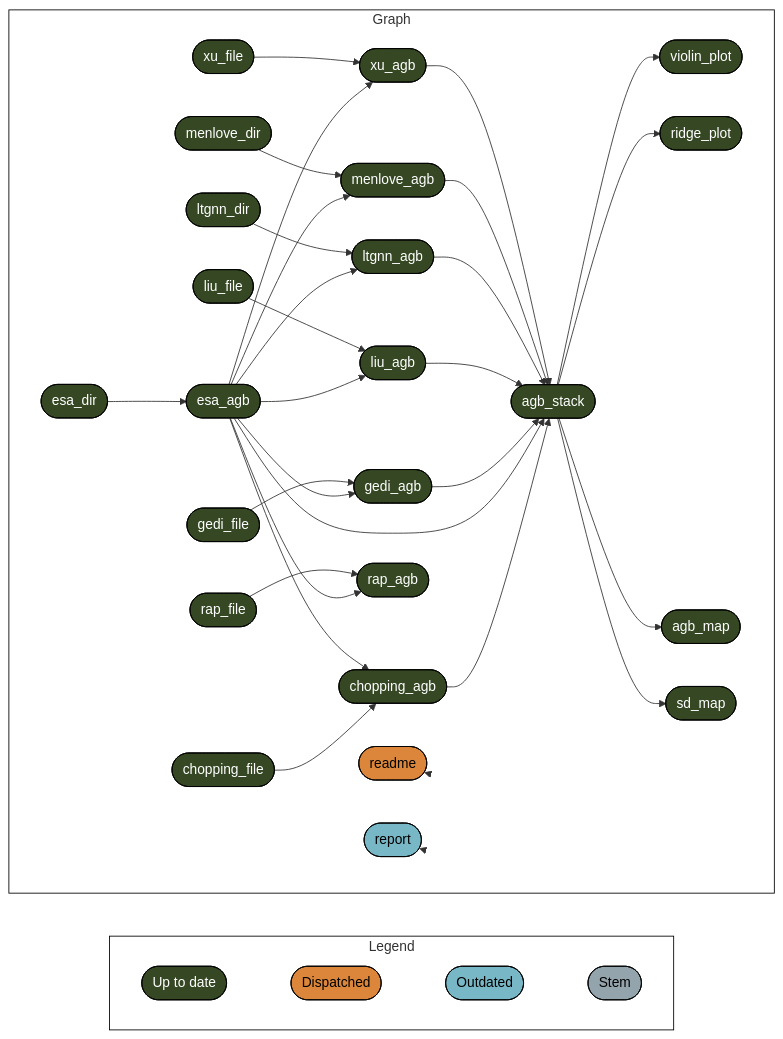
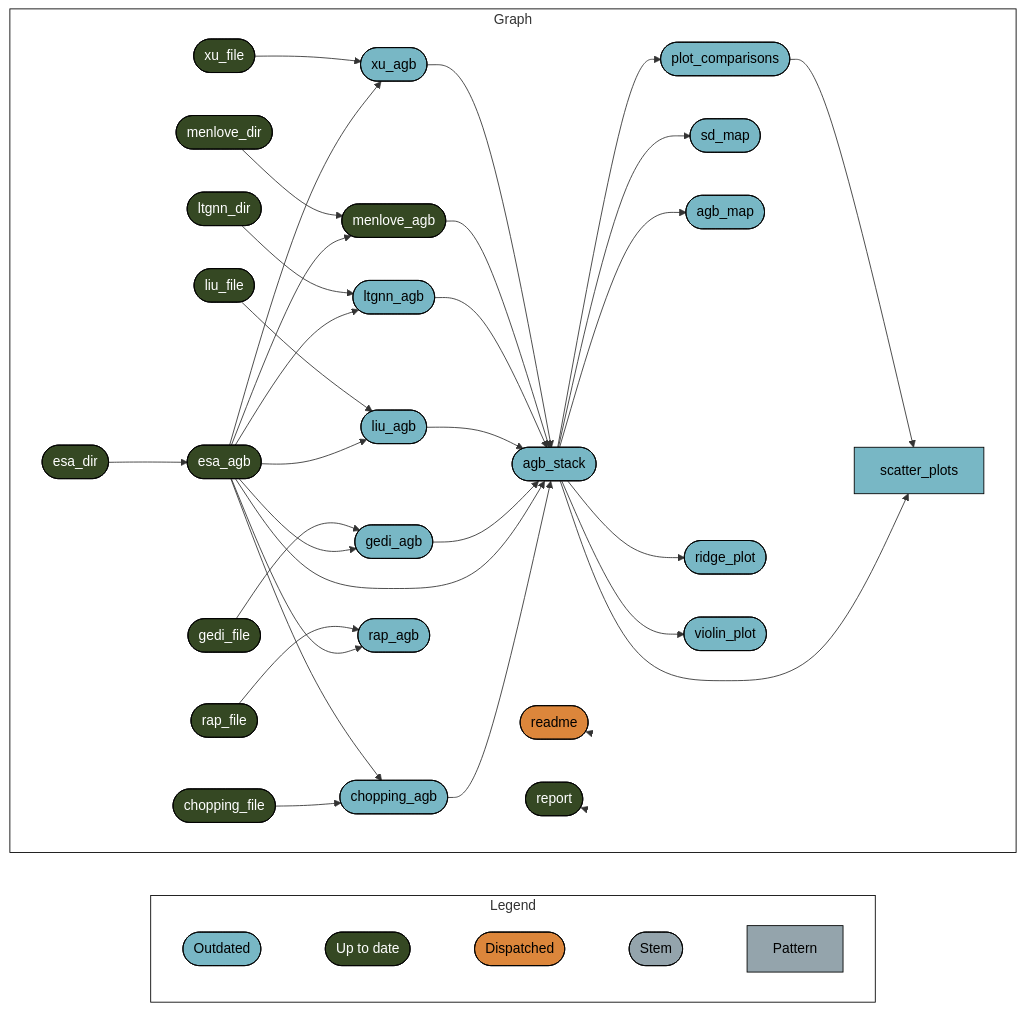
One commit to EcosystemEcologyLab/SW_Biomass changed the diagram in README.md. Above: the diagram before and after it, drawn with Mermaid. The commit also changed other lines of this file and 9 other files, not shown here.

Commit message:
add scatter plots

````diff
--- a/README.md
+++ b/README.md
@@ -36,51 +38,56 @@
 ``` mermaid
 graph LR
   style Legend fill:#FFFFFF00,stroke:#000000;
   style Graph fill:#FFFFFF00,stroke:#000000;
   subgraph Legend
     direction LR
+    x0a52b03877696646([""Outdated""]):::outdated --- x7420bd9270f8d27d([""Up to date""]):::uptodate
     x7420bd9270f8d27d([""Up to date""]):::uptodate --- xa8565c104d8f0705([""Dispatched""]):::dispatched
-    xa8565c104d8f0705([""Dispatched""]):::dispatched --- x0a52b03877696646([""Outdated""]):::outdated
-    x0a52b03877696646([""Outdated""]):::outdated --- xbf4603d6c2c2ad6b([""Stem""]):::none
+    xa8565c104d8f0705([""Dispatched""]):::dispatched --- xbf4603d6c2c2ad6b([""Stem""]):::none
+    xbf4603d6c2c2ad6b([""Stem""]):::none --- x70a5fa6bea6f298d[""Pattern""]:::none
   end
   subgraph Graph
     direction LR
+    x9f7f8cade5fecf35(["esa_agb"]):::uptodate --> xe4f3f2f15e724def(["liu_agb"]):::outdated
+    x26d0dae1bf6fcb39(["liu_file"]):::uptodate --> xe4f3f2f15e724def(["liu_agb"]):::outdated
+    x74a8a38fc5a3e271(["agb_stack"]):::outdated --> xa9c8870bcb5985fd["scatter_plots"]:::outdated
+    xa5177effe50f87b0(["plot_comparisons"]):::outdated --> xa9c8870bcb5985fd["scatter_plots"]:::outdated
+    x10672e980111f5c2(["chopping_agb"]):::outdated --> x74a8a38fc5a3e271(["agb_stack"]):::outdated
+    x9f7f8cade5fecf35(["esa_agb"]):::uptodate --> x74a8a38fc5a3e271(["agb_stack"]):::outdated
+    x5bee436f312cca80(["gedi_agb"]):::outdated --> x74a8a38fc5a3e271(["agb_stack"]):::outdated
+    xe4f3f2f15e724def(["liu_agb"]):::outdated --> x74a8a38fc5a3e271(["agb_stack"]):::outdated
+    x7ff1622cd5d030f8(["ltgnn_agb"]):::outdated --> x74a8a38fc5a3e271(["agb_stack"]):::outdated
+    xb420f92ea294cb0b(["menlove_agb"]):::uptodate --> x74a8a38fc5a3e271(["agb_stack"]):::outdated
+    x6bb719b45bfee760(["xu_agb"]):::outdated --> x74a8a38fc5a3e271(["agb_stack"]):::outdated
+    x9f7f8cade5fecf35(["esa_agb"]):::uptodate --> x6bb719b45bfee760(["xu_agb"]):::outdated
+    x39b0a131ab7dd2d0(["xu_file"]):::uptodate --> x6bb719b45bfee760(["xu_agb"]):::outdated
+    x74a8a38fc5a3e271(["agb_stack"]):::outdated --> x7dce032f25b5c564(["sd_map"]):::outdated
+    x9f7f8cade5fecf35(["esa_agb"]):::uptodate --> x7ff1622cd5d030f8(["ltgnn_agb"]):::outdated
+    xc968c07864940097(["ltgnn_dir"]):::uptodate --> x7ff1622cd5d030f8(["ltgnn_agb"]):::outdated
+    x80cf9d1bb79c21e3(["chopping_file"]):::uptodate --> x10672e980111f5c2(["chopping_agb"]):::outdated
+    x9f7f8cade5fecf35(["esa_agb"]):::uptodate --> x10672e980111f5c2(["chopping_agb"]):::outdated
+    x74a8a38fc5a3e271(["agb_stack"]):::outdated --> xd959ad20dd7fd009(["agb_map"]):::outdated
+    x9f7f8cade5fecf35(["esa_agb"]):::uptodate --> x5688b5ef6bcea6f9(["rap_agb"]):::outdated
+    x9889d33e942dc03b(["rap_file"]):::uptodate --> x5688b5ef6bcea6f9(["rap_agb"]):::outdated
     x9f7f8cade5fecf35(["esa_agb"]):::uptodate --> xb420f92ea294cb0b(["menlove_agb"]):::uptodate
     x5086af9665941a9e(["menlove_dir"]):::uptodate --> xb420f92ea294cb0b(["menlove_agb"]):::uptodate
-    x9f7f8cade5fecf35(["esa_agb"]):::uptodate --> xe4f3f2f15e724def(["liu_agb"]):::uptodate
-    x26d0dae1bf6fcb39(["liu_file"]):::uptodate --> xe4f3f2f15e724def(["liu_agb"]):::uptodate
-    x74a8a38fc5a3e271(["agb_stack"]):::uptodate --> xfe73ce9654aaf612(["violin_plot"]):::uptodate
-    x10672e980111f5c2(["chopping_agb"]):::uptodate --> x74a8a38fc5a3e271(["agb_stack"]):::uptodate
-    x9f7f8cade5fecf35(["esa_agb"]):::uptodate --> x74a8a38fc5a3e271(["agb_stack"]):::uptodate
-    x5bee436f312cca80(["gedi_agb"]):::uptodate --> x74a8a38fc5a3e271(["agb_stack"]):::uptodate
-    xe4f3f2f15e724def(["liu_agb"]):::uptodate --> x74a8a38fc5a3e271(["agb_stack"]):::uptodate
-    x7ff1622cd5d030f8(["ltgnn_agb"]):::uptodate --> x74a8a38fc5a3e271(["agb_stack"]):::uptodate
-    xb420f92ea294cb0b(["menlove_agb"]):::uptodate --> x74a8a38fc5a3e271(["agb_stack"]):::uptodate
-    x6bb719b45bfee760(["xu_agb"]):::uptodate --> x74a8a38fc5a3e271(["agb_stack"]):::uptodate
-    x9f7f8cade5fecf35(["esa_agb"]):::uptodate --> x6bb719b45bfee760(["xu_agb"]):::uptodate
-    x39b0a131ab7dd2d0(["xu_file"]):::uptodate --> x6bb719b45bfee760(["xu_agb"]):::uptodate
-    x74a8a38fc5a3e271(["agb_stack"]):::uptodate --> x13774cf4f2cc9b83(["ridge_plot"]):::uptodate
-    x80cf9d1bb79c21e3(["chopping_file"]):::uptodate --> x10672e980111f5c2(["chopping_agb"]):::uptodate
-    x9f7f8cade5fecf35(["esa_agb"]):::uptodate --> x10672e980111f5c2(["chopping_agb"]):::uptodate
-    x9f7f8cade5fecf35(["esa_agb"]):::uptodate --> x5bee436f312cca80(["gedi_agb"]):::uptodate
-    x8d7fb25f1e16bc4f(["gedi_file"]):::uptodate --> x5bee436f312cca80(["gedi_agb"]):::uptodate
+    x74a8a38fc5a3e271(["agb_stack"]):::outdated --> x13774cf4f2cc9b83(["ridge_plot"]):::outdated
+    x74a8a38fc5a3e271(["agb_stack"]):::outdated --> xfe73ce9654aaf612(["violin_plot"]):::outdated
     xb91305eee1f5b0b5(["esa_dir"]):::uptodate --> x9f7f8cade5fecf35(["esa_agb"]):::uptodate
-    x9f7f8cade5fecf35(["esa_agb"]):::uptodate --> x5688b5ef6bcea6f9(["rap_agb"]):::uptodate
-    x9889d33e942dc03b(["rap_file"]):::uptodate --> x5688b5ef6bcea6f9(["rap_agb"]):::uptodate
-    x74a8a38fc5a3e271(["agb_stack"]):::uptodate --> xd959ad20dd7fd009(["agb_map"]):::uptodate
-    x9f7f8cade5fecf35(["esa_agb"]):::uptodate --> x7ff1622cd5d030f8(["ltgnn_agb"]):::uptodate
-    xc968c07864940097(["ltgnn_dir"]):::uptodate --> x7ff1622cd5d030f8(["ltgnn_agb"]):::uptodate
-    x74a8a38fc5a3e271(["agb_stack"]):::uptodate --> x7dce032f25b5c564(["sd_map"]):::uptodate
+    x9f7f8cade5fecf35(["esa_agb"]):::uptodate --> x5bee436f312cca80(["gedi_agb"]):::outdated
+    x8d7fb25f1e16bc4f(["gedi_file"]):::uptodate --> x5bee436f312cca80(["gedi_agb"]):::outdated
+    x74a8a38fc5a3e271(["agb_stack"]):::outdated --> xa5177effe50f87b0(["plot_comparisons"]):::outdated
     x6e52cb0f1668cc22(["readme"]):::dispatched --> x6e52cb0f1668cc22(["readme"]):::dispatched
-    xe0fba61fbc506510(["report"]):::outdated --> xe0fba61fbc506510(["report"]):::outdated
+    xe0fba61fbc506510(["report"]):::uptodate --> xe0fba61fbc506510(["report"]):::uptodate
   end
+  classDef outdated stroke:#000000,color:#000000,fill:#78B7C5;
   classDef uptodate stroke:#000000,color:#ffffff,fill:#354823;
   classDef dispatched stroke:#000000,color:#000000,fill:#DC863B;
-  classDef outdated stroke:#000000,color:#000000,fill:#78B7C5;
   classDef none stroke:#000000,color:#000000,fill:#94a4ac;
   linkStyle 0 stroke-width:0px;
   linkStyle 1 stroke-width:0px;
   linkStyle 2 stroke-width:0px;
-  linkStyle 29 stroke-width:0px;
-  linkStyle 30 stroke-width:0px;
+  linkStyle 3 stroke-width:0px;
+  linkStyle 33 stroke-width:0px;
+  linkStyle 34 stroke-width:0px;
 ```
````
